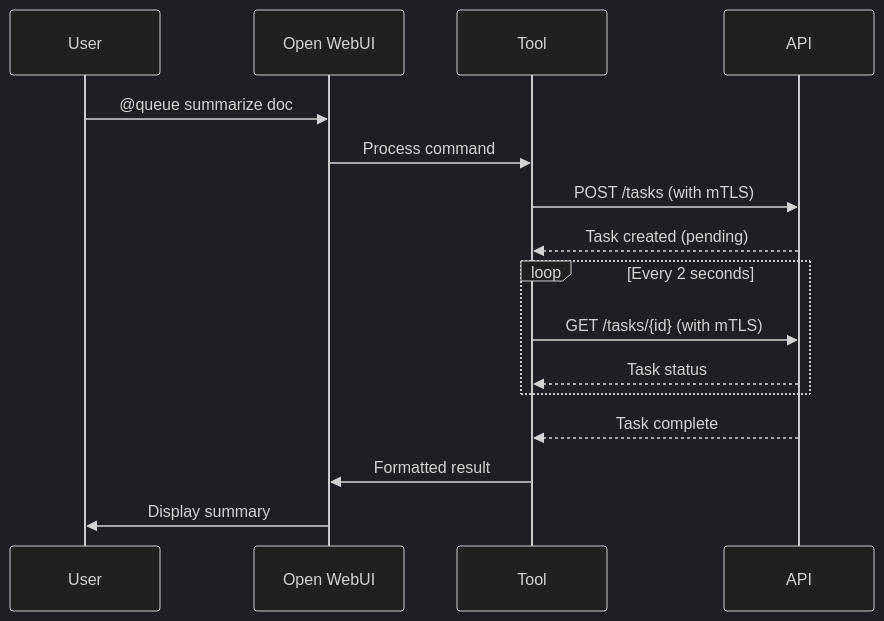
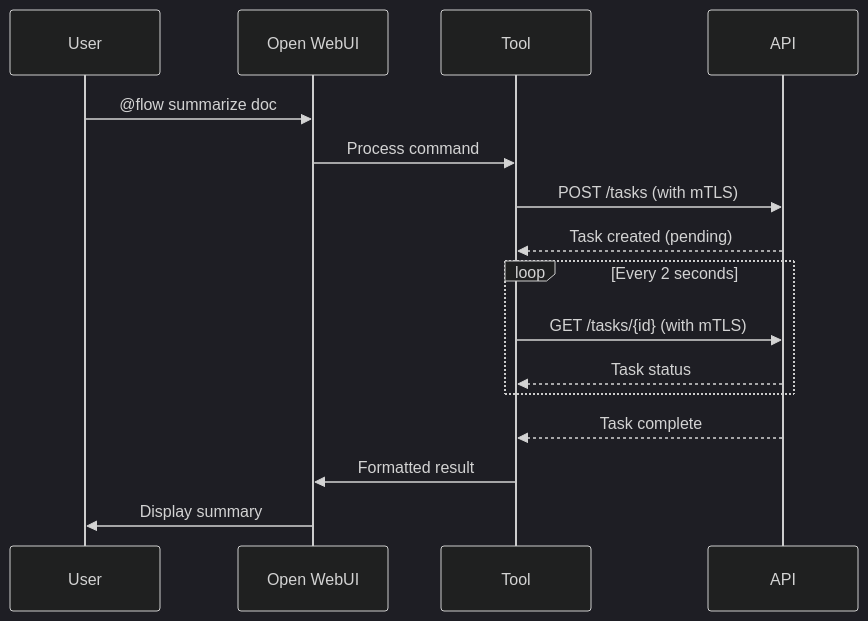
The diagram in docs/OPENWEBUI.md (larshansen1/agents_playground), drawn with Mermaid (dark theme) before and after one commit. The commit also changed other lines of this file and 8 other files, not shown here.

Commit message:
feat: Dynamic @flow tool selection

````diff
--- a/docs/OPENWEBUI.md
+++ b/docs/OPENWEBUI.md
@@ -207,14 +207,14 @@
 ```mermaid
 sequenceDiagram
-    User->>Open WebUI: @queue summarize doc
+    User->>Open WebUI: @flow summarize doc
     Open WebUI->>Tool: Process command
     Tool->>API: POST /tasks (with mTLS)
     API-->>Tool: Task created (pending)
     loop Every 2 seconds
         Tool->>API: GET /tasks/{id} (with mTLS)
         API-->>Tool: Task status
     end
     API-->>Tool: Task complete
     Tool->>Open WebUI: Formatted result
     Open WebUI->>User: Display summary
 ```
````
